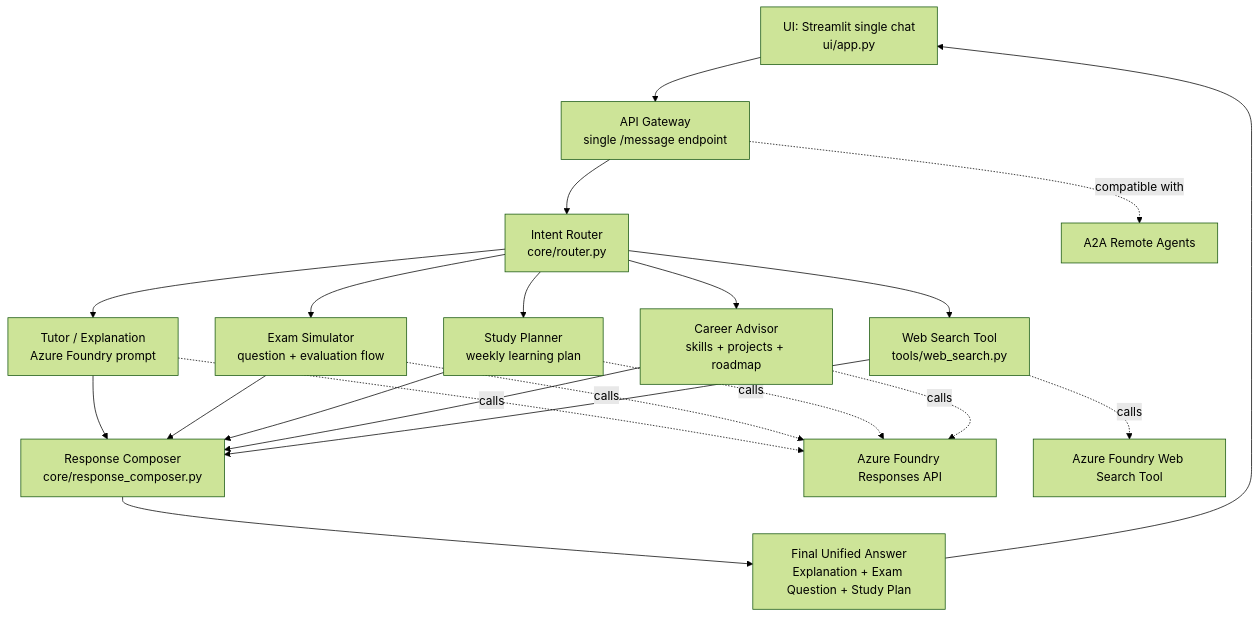
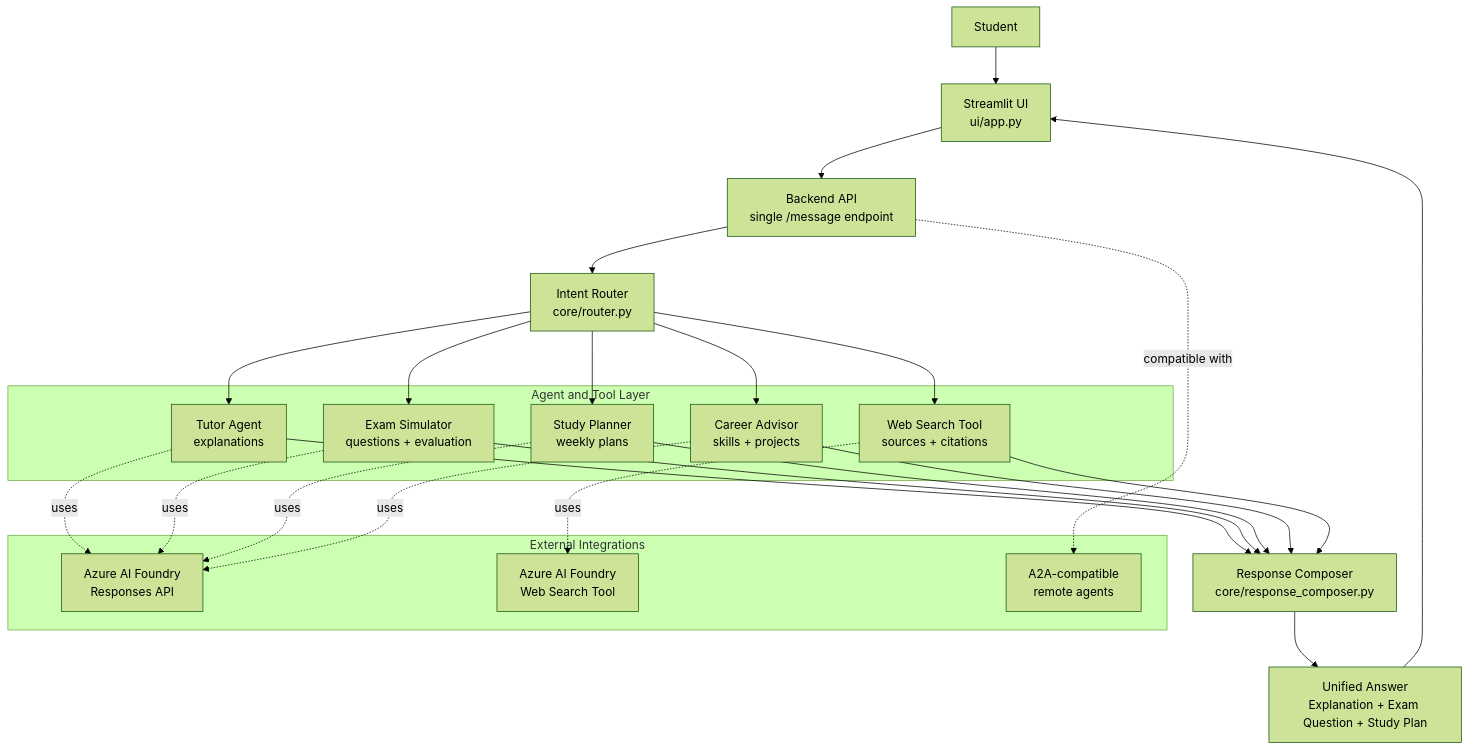
The diagram in README.md (RenzoAlbertini/project), drawn with Mermaid (forest theme) before and after one commit. The commit also changed other lines of this file, not shown here.

Commit message:
Clean up architecture documentation

````diff
--- a/README.md
+++ b/README.md
@@ -32,27 +32,42 @@
 ```mermaid
-graph TD
-    UI["UI: Streamlit single chat<br/>ui/app.py"] --> Gateway["API Gateway<br/>single /message endpoint"]
-    Gateway --> Router["Intent Router<br/>core/router.py"]
+flowchart TD
+    User["Student"] --> UI["Streamlit UI<br/>ui/app.py"]
+    UI --> API["Backend API<br/>single /message endpoint"]
+    API --> Router["Intent Router<br/>core/router.py"]
 
-    Router --> Tutor["Tutor / Explanation<br/>Azure Foundry prompt"]
-    Router --> Exam["Exam Simulator<br/>question + evaluation flow"]
-    Router --> Planner["Study Planner<br/>weekly learning plan"]
-    Router --> Career["Career Advisor<br/>skills + projects + roadmap"]
-    Router --> Web["Web Search Tool<br/>tools/web_search.py"]
+    subgraph Capabilities["Agent and Tool Layer"]
+        Tutor["Tutor Agent<br/>explanations"]
+        Exam["Exam Simulator<br/>questions + evaluation"]
+        Planner["Study Planner<br/>weekly plans"]
+        Career["Career Advisor<br/>skills + projects"]
+        Search["Web Search Tool<br/>sources + citations"]
+    end
+
+    Router --> Tutor
+    Router --> Exam
+    Router --> Planner
+    Router --> Career
+    Router --> Search
 
     Tutor --> Composer["Response Composer<br/>core/response_composer.py"]
     Exam --> Composer
     Planner --> Composer
     Career --> Composer
-    Web --> Composer
+    Search --> Composer
 
-    Composer --> Final["Final Unified Answer<br/>Explanation + Exam Question + Study Plan"]
-    Final --> UI
+    Composer --> Answer["Unified Answer<br/>Explanation + Exam Question + Study Plan"]
+    Answer --> UI
 
-    Gateway -. compatible with .-> A2A["A2A Remote Agents"]
-    Tutor -. calls .-> Foundry["Azure Foundry Responses API"]
-    Exam -. calls .-> Foundry
-    Planner -. calls .-> Foundry
-    Career -. calls .-> Foundry
-    Web -. calls .-> FoundryWeb["Azure Foundry Web Search Tool"]
+    subgraph Integrations["External Integrations"]
+        Foundry["Azure AI Foundry<br/>Responses API"]
+        FoundrySearch["Azure AI Foundry<br/>Web Search Tool"]
+        A2A["A2A-compatible<br/>remote agents"]
+    end
+
+    API -. compatible with .-> A2A
+    Tutor -. uses .-> Foundry
+    Exam -. uses .-> Foundry
+    Planner -. uses .-> Foundry
+    Career -. uses .-> Foundry
+    Search -. uses .-> FoundrySearch
 ```
````
